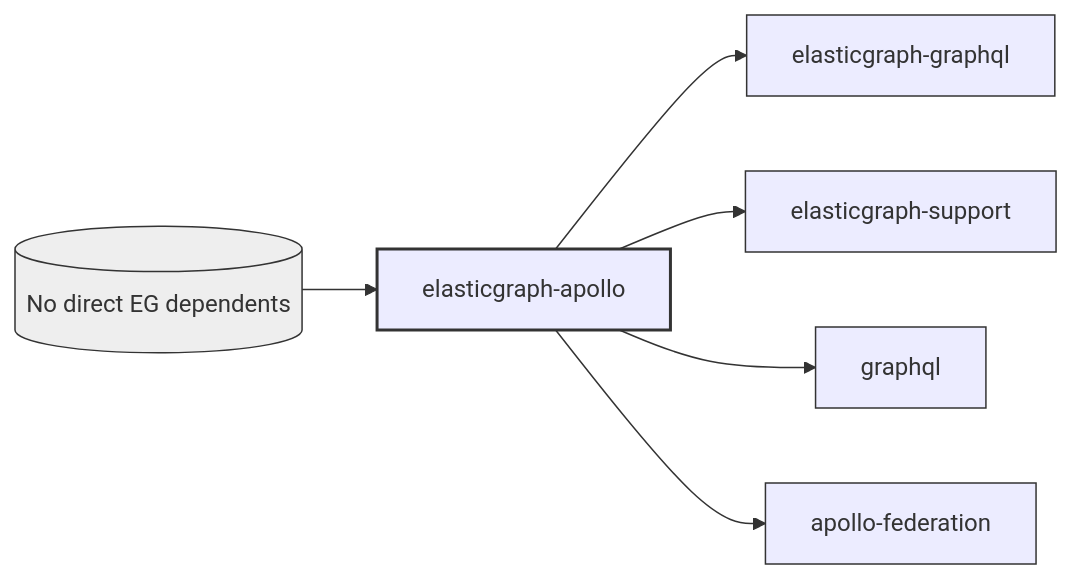
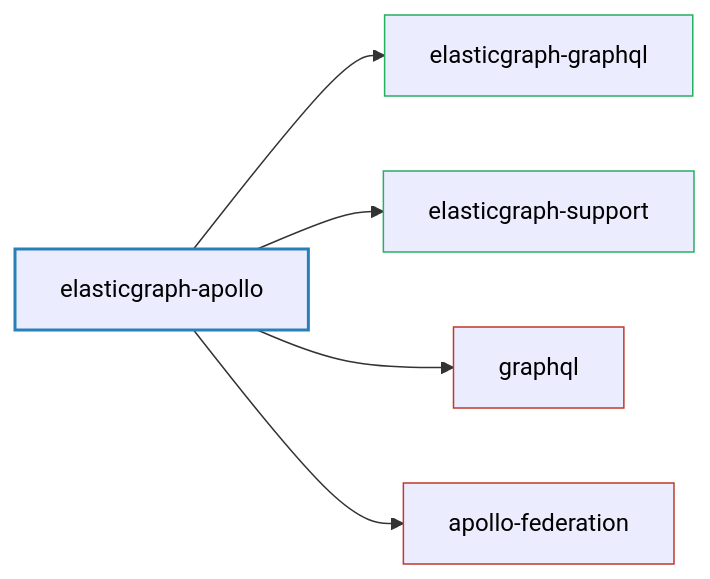
One commit to block/elasticgraph changed the diagram in elasticgraph-apollo/README.md. Above: the diagram before and after it, drawn with Mermaid. The commit also changed 21 other files, not shown here.

````diff
--- a/elasticgraph-apollo/README.md
+++ b/elasticgraph-apollo/README.md
@@ -10,18 +10,17 @@
 ```mermaid
 graph LR;
+    elasticgraph-apollo["elasticgraph-apollo"];
+    elasticgraph-graphql["elasticgraph-graphql"];
     elasticgraph-apollo --> elasticgraph-graphql;
+    elasticgraph-support["elasticgraph-support"];
     elasticgraph-apollo --> elasticgraph-support;
+    graphql["graphql"];
     elasticgraph-apollo --> graphql;
+    apollo-federation["apollo-federation"];
     elasticgraph-apollo --> apollo-federation;
-    no_eg_dependents[(No direct EG dependents)] --> elasticgraph-apollo;
-    classDef currentGemStyle fill:#lightblue,stroke:#333,stroke-width:2px;
-    classDef internalEgGemStyle fill:#lightgreen,stroke:#333,stroke-width:1px;
-    classDef externalGemStyle fill:#lightcoral,stroke:#333,stroke-width:1px;
-    classDef placeholderNodeStyle fill:#eee,stroke:#333,stroke-width:1px;
-    class elasticgraph-apollo currentGemStyle;
-    class elasticgraph-graphql internalEgGemStyle;
-    class elasticgraph-support internalEgGemStyle;
-    class graphql externalGemStyle;
-    class apollo-federation externalGemStyle;
-    class no_eg_dependents placeholderNodeStyle;
+    style elasticgraph-apollo fill:#lightblue,stroke:#2980b9,stroke-width:2px,color:#000;
+    style elasticgraph-graphql fill:#lightgreen,stroke:#27ae60,stroke-width:1px,color:#000;
+    style elasticgraph-support fill:#lightgreen,stroke:#27ae60,stroke-width:1px,color:#000;
+    style graphql fill:#lightcoral,stroke:#c0392b,stroke-width:1px,color:#000;
+    style apollo-federation fill:#lightcoral,stroke:#c0392b,stroke-width:1px,color:#000;
 ```
````
